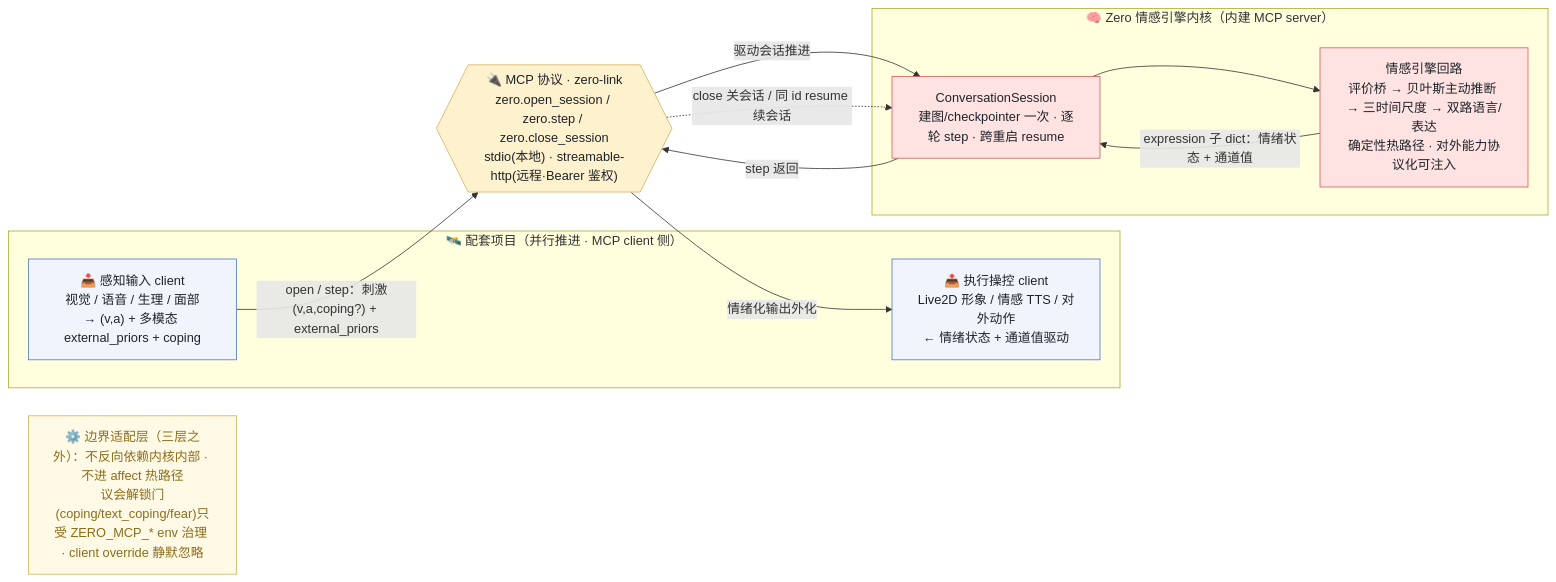
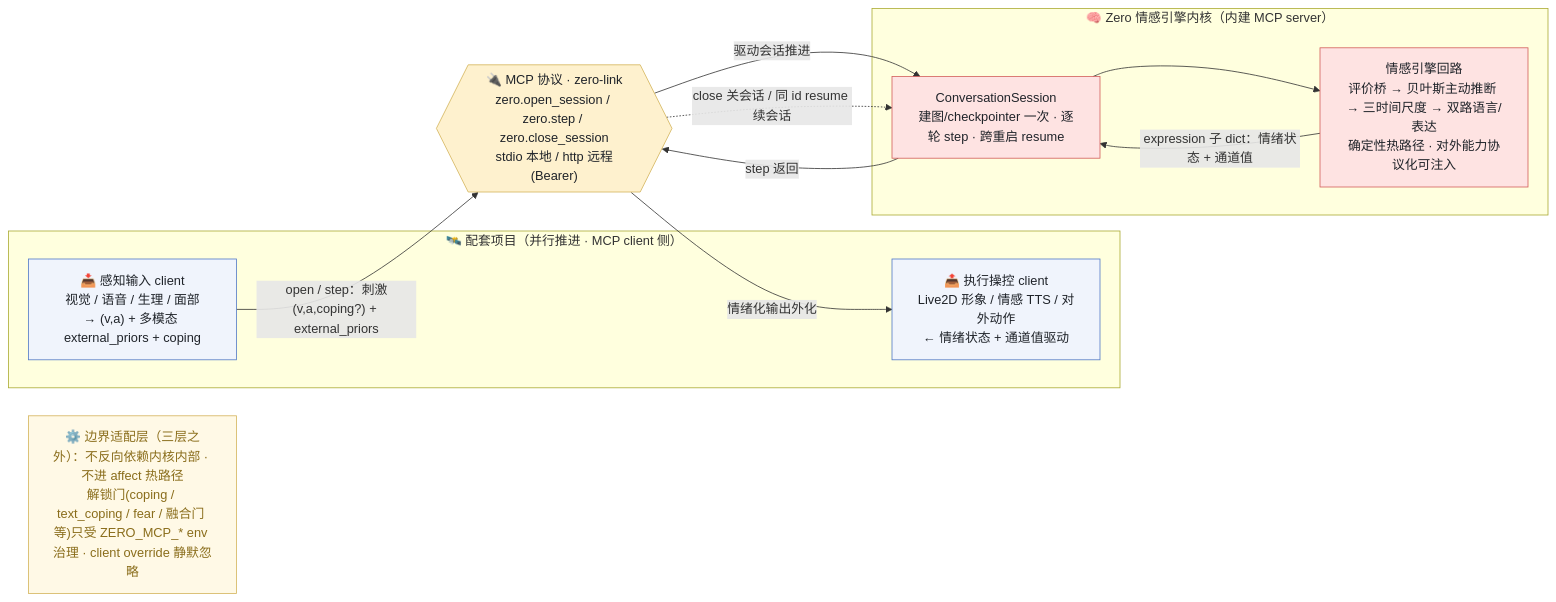
Before and after one commit to WizardHeHeJun/Zero: the diagram in docs/v2/mcp-boundary.mmd, drawn with Mermaid. The commit also changed 19 other files, not shown here.

First line of the commit message:
docs: 全量文档对齐 —— README 对外口径 + 图集 9→11 张 + 四处源码注释订正

```diff
--- a/docs/v2/mcp-boundary.mmd
+++ b/docs/v2/mcp-boundary.mmd
@@ -1,27 +1,27 @@
 flowchart LR
   subgraph companion["🛰️ 配套项目（并行推进 · MCP client 侧）"]
     perceive["📥 感知输入 client<br/>视觉 / 语音 / 生理 / 面部<br/>→ (v,a) + 多模态 external_priors + coping"]:::client
     actuate["📤 执行操控 client<br/>Live2D 形象 / 情感 TTS / 对外动作<br/>← 情绪状态 + 通道值驱动"]:::client
   end
 
-  mcp{{"🔌 MCP 协议 · zero-link<br/>zero.open_session / zero.step / zero.close_session<br/>stdio(本地) · streamable-http(远程·Bearer 鉴权)"}}:::proto
+  mcp{{"🔌 MCP 协议 · zero-link<br/>zero.open_session / zero.step / zero.close_session<br/>stdio 本地 / http 远程(Bearer)"}}:::proto
 
   subgraph core["🧠 Zero 情感引擎内核（内建 MCP server）"]
     session["ConversationSession<br/>建图/checkpointer 一次 · 逐轮 step · 跨重启 resume"]:::engine
     engine["情感引擎回路<br/>评价桥 → 贝叶斯主动推断 → 三时间尺度 → 双路语言/表达<br/>确定性热路径 · 对外能力协议化可注入"]:::engine
   end
 
   perceive -->|"open / step：刺激(v,a,coping?) + external_priors"| mcp
   mcp -->|"驱动会话推进"| session
   session --> engine
   engine -->|"expression 子 dict：情绪状态 + 通道值"| session
   session -->|"step 返回"| mcp
   mcp -->|"情绪化输出外化"| actuate
   mcp -.->|"close 关会话 / 同 id resume 续会话"| session
 
-  note["⚙️ 边界适配层（三层之外）：不反向依赖内核内部 · 不进 affect 热路径<br/>议会解锁门(coping/text_coping/fear)只受 ZERO_MCP_* env 治理 · client override 静默忽略"]:::note
+  note["⚙️ 边界适配层（三层之外）：不反向依赖内核内部 · 不进 affect 热路径<br/>解锁门(coping / text_coping / fear / 融合门 等)只受 ZERO_MCP_* env 治理 · client override 静默忽略"]:::note
 
   classDef client fill:#F0F4FC,stroke:#5178C6,color:#1F2329
   classDef proto fill:#FEF1CE,stroke:#D4B45B,color:#1F2329
   classDef engine fill:#FEE3E2,stroke:#D25D5A,color:#1F2329
   classDef note fill:#FFF9E6,stroke:#D4B45B,color:#8A6D1B
```
